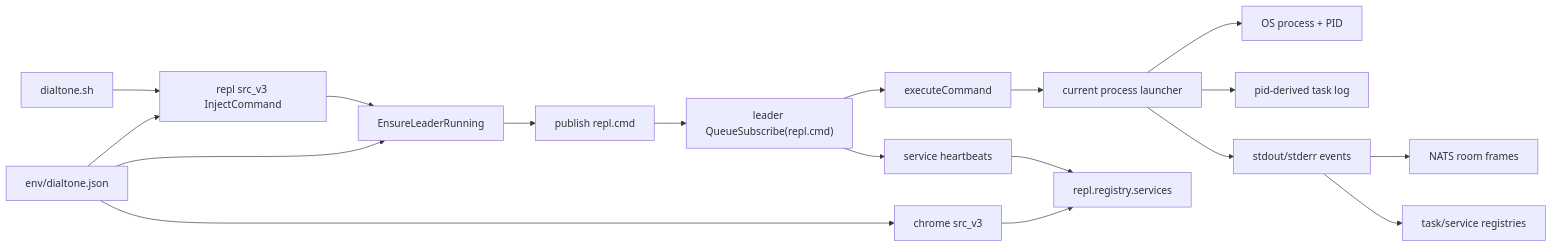
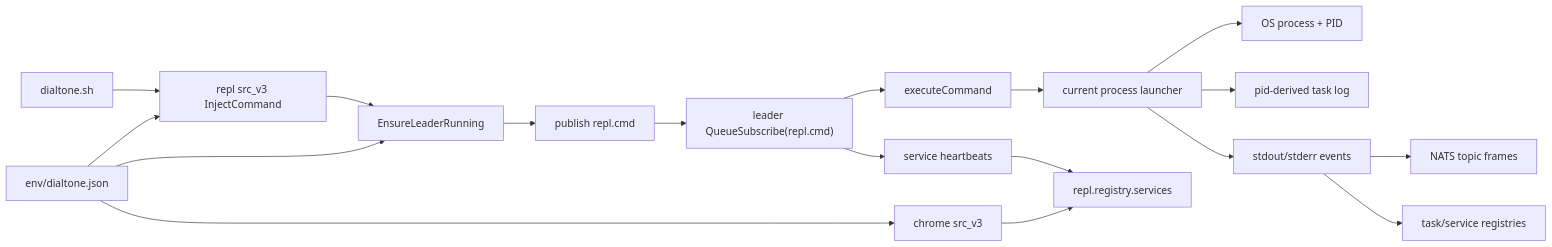
One commit to timcash/dialtone changed the diagram in src/plugins/repl/src_v3/DESIGN.md. Above: the diagram before and after it, drawn with Mermaid. The commit also changed other lines of this file and 20 other files, not shown here.

````diff
--- a/src/plugins/repl/src_v3/DESIGN.md
+++ b/src/plugins/repl/src_v3/DESIGN.md
@@ -51,21 +52,21 @@
 ```mermaid
 flowchart LR
     A["dialtone.sh"] --> B["repl src_v3 InjectCommand"]
     B --> C["EnsureLeaderRunning"]
     C --> D["publish repl.cmd"]
     D --> E["leader QueueSubscribe(repl.cmd)"]
     E --> F["executeCommand"]
     F --> G["current process launcher"]
     G --> H["OS process + PID"]
     G --> I["pid-derived task log"]
     G --> J["stdout/stderr events"]
-    J --> K["NATS room frames"]
+    J --> K["NATS topic frames"]
     J --> L["task/service registries"]
 
     M["chrome src_v3"] --> N["repl.registry.services"]
     E --> O["service heartbeats"]
     O --> N
     P["env/dialtone.json"] --> B
     P --> C
     P --> M
 ```
````
